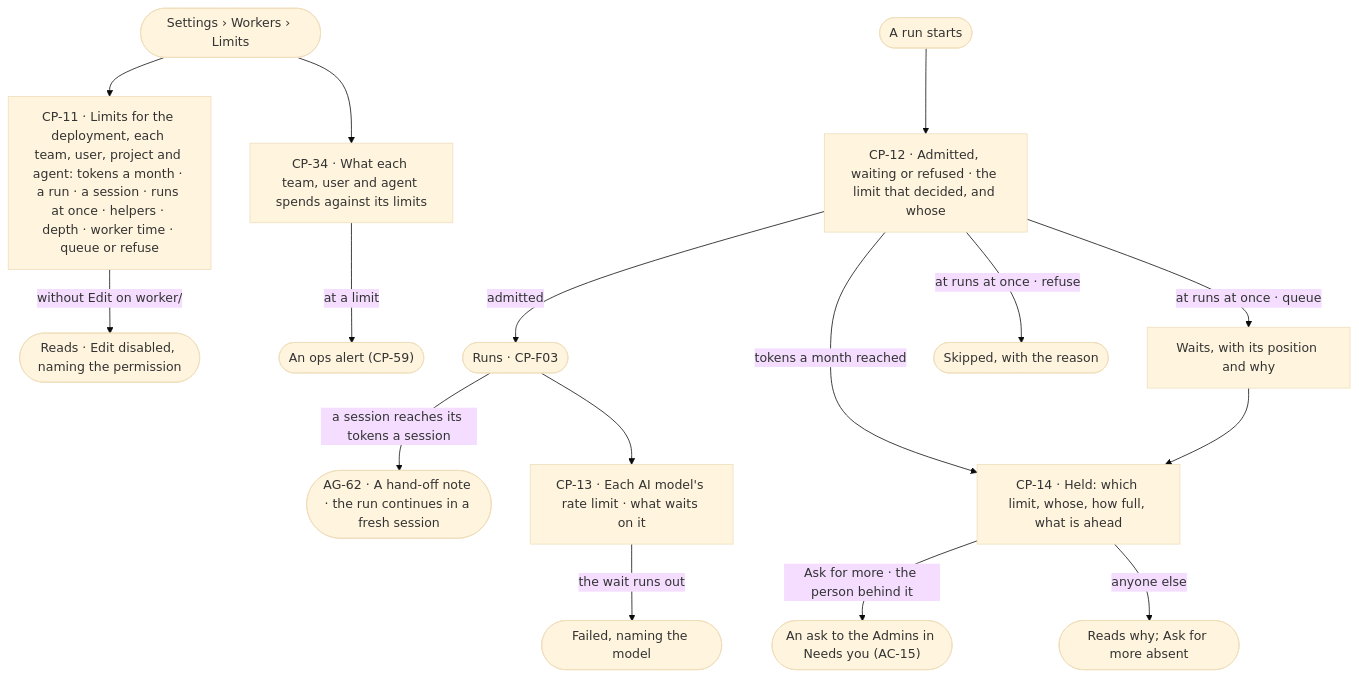
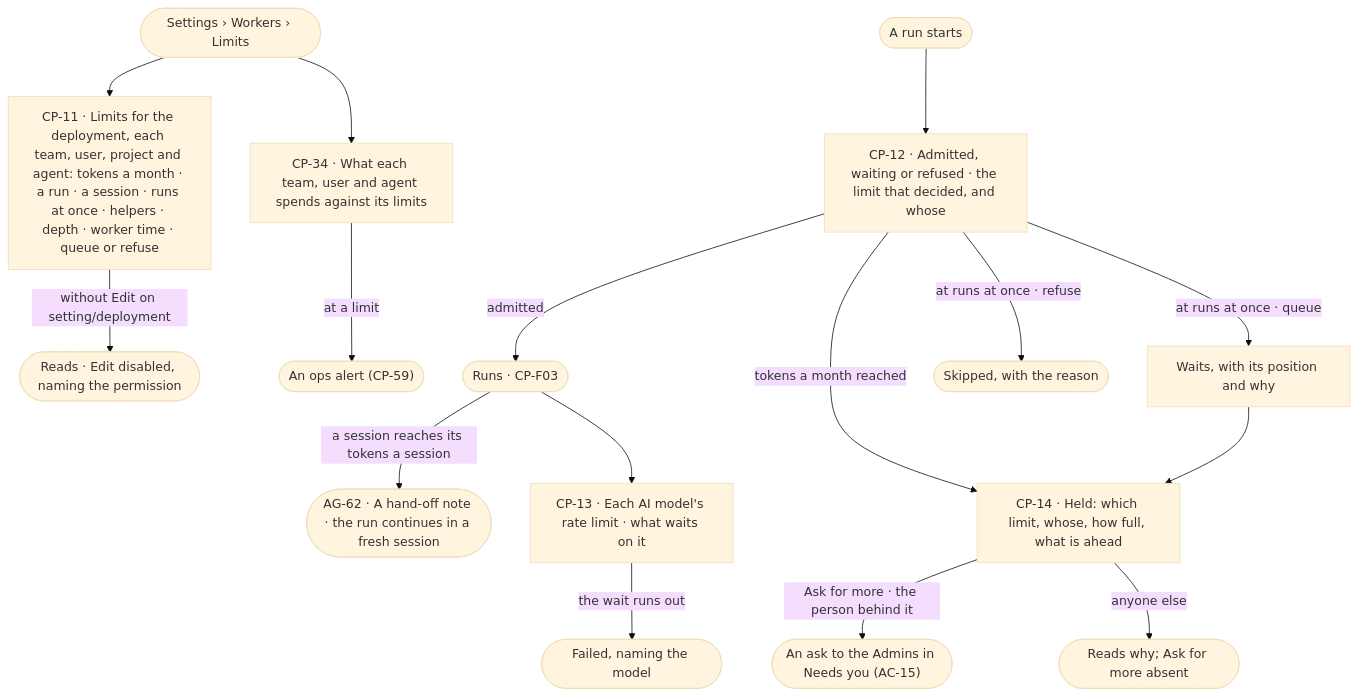
Before and after one commit to invana/invana: the diagram in specs/os/control/features/CP-F04-limits/feature.md, drawn with Mermaid (base theme). The commit also changed other lines of this file and 13 other files, not shown here.

Commit message:
docs(specs): limits and ops alerts need Edit on Deployment settings

````diff
--- a/specs/os/control/features/CP-F04-limits/feature.md
+++ b/specs/os/control/features/CP-F04-limits/feature.md
@@ -27,18 +27,18 @@
 ```mermaid
 flowchart TD
   s([Settings › Workers › Limits]) --> lim["CP-11 · Limits for the deployment, each team, user, project and agent: tokens a month · a run · a session · runs at once · helpers · depth · worker time · queue or refuse"]
-  lim -->|without Edit on worker/<group>| ro(["Reads · Edit disabled, naming the permission"])
+  lim -->|without Edit on setting/deployment| ro(["Reads · Edit disabled, naming the permission"])
   s --> use["CP-34 · What each team, user and agent spends against its limits"]
   use -->|at a limit| al(["An ops alert (CP-59)"])
   start([A run starts]) --> adm["CP-12 · Admitted, waiting or refused · the limit that decided, and whose"]
   adm -->|admitted| go(["Runs · CP-F03"])
   go -->|a session reaches its tokens a session| cont(["AG-62 · A hand-off note · the run continues in a fresh session"])
   adm -->|at runs at once · queue| w["Waits, with its position and why"]
   adm -->|at runs at once · refuse| no(["Skipped, with the reason"])
   adm -->|tokens a month reached| held["CP-14 · Held: which limit, whose, how full, what is ahead"]
   go --> ai["CP-13 · Each AI model's rate limit · what waits on it"]
   ai -->|the wait runs out| f(["Failed, naming the model"])
   w --> held
   held -->|Ask for more · the person behind it| ask(["An ask to the Admins in Needs you (AC-15)"])
   held -->|anyone else| why(["Reads why; Ask for more absent"])
 ```
````
